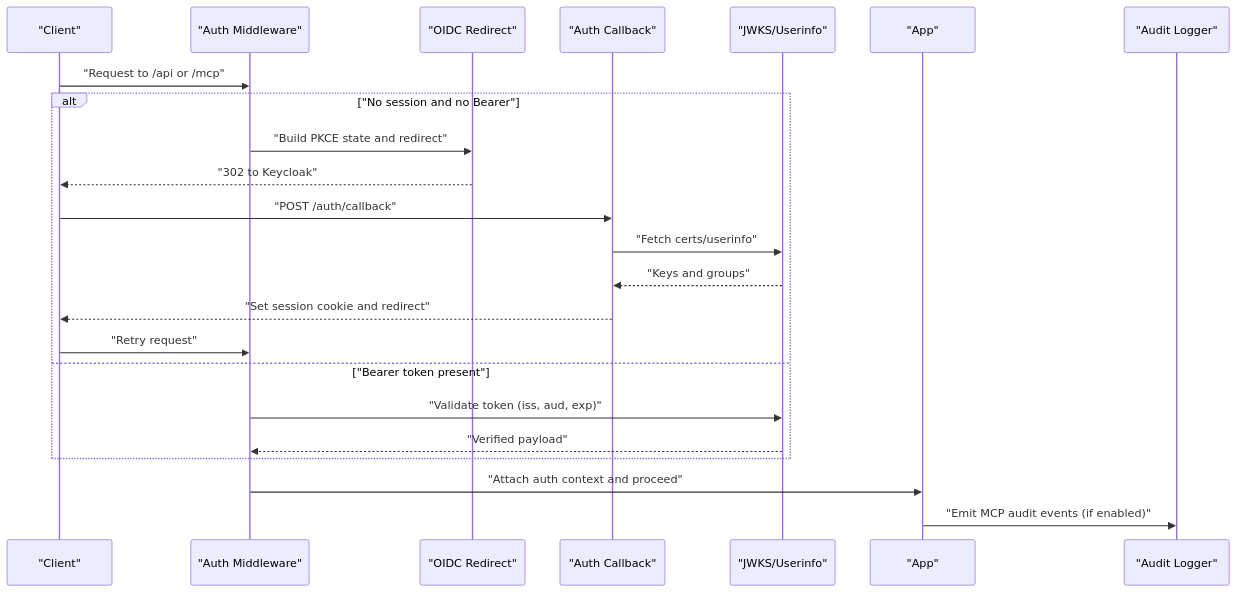
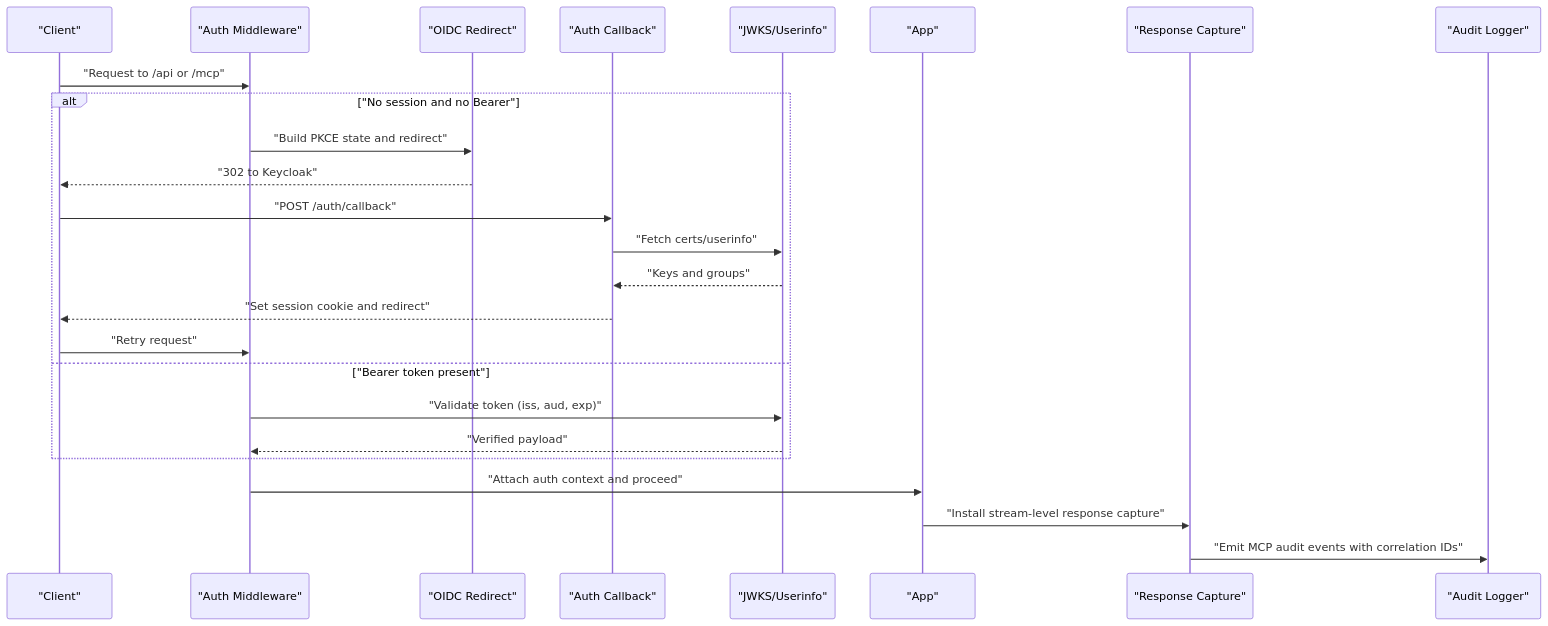
The second of 5 diagrams in .qoder/repowiki/en/content/Security Considerations.md (debian777/kairos-mcp), drawn with Mermaid before and after one commit. The commit also changed other lines of this file and 5 other files, not shown here.

First line of the commit message:
fix(audit): capture response at transport.send() level

````diff
--- a/.qoder/repowiki/en/content/Security Considerations.md
+++ b/.qoder/repowiki/en/content/Security Considerations.md
@@ -122,25 +128,27 @@
 ```mermaid
 sequenceDiagram
 participant C as "Client"
 participant MW as "Auth Middleware"
 participant OR as "OIDC Redirect"
 participant CB as "Auth Callback"
 participant JW as "JWKS/Userinfo"
 participant APP as "App"
+participant RESP as "Response Capture"
 participant AUDIT as "Audit Logger"
 C->>MW : "Request to /api or /mcp"
 alt "No session and no Bearer"
 MW->>OR : "Build PKCE state and redirect"
 OR-->>C : "302 to Keycloak"
 C->>CB : "POST /auth/callback"
 CB->>JW : "Fetch certs/userinfo"
 JW-->>CB : "Keys and groups"
 CB-->>C : "Set session cookie and redirect"
 C->>MW : "Retry request"
 else "Bearer token present"
 MW->>JW : "Validate token (iss, aud, exp)"
 JW-->>MW : "Verified payload"
 end
 MW->>APP : "Attach auth context and proceed"
-APP->>AUDIT : "Emit MCP audit events (if enabled)"
+APP->>RESP : "Install stream-level response capture"
+RESP->>AUDIT : "Emit MCP audit events with correlation IDs"
 ```
````
